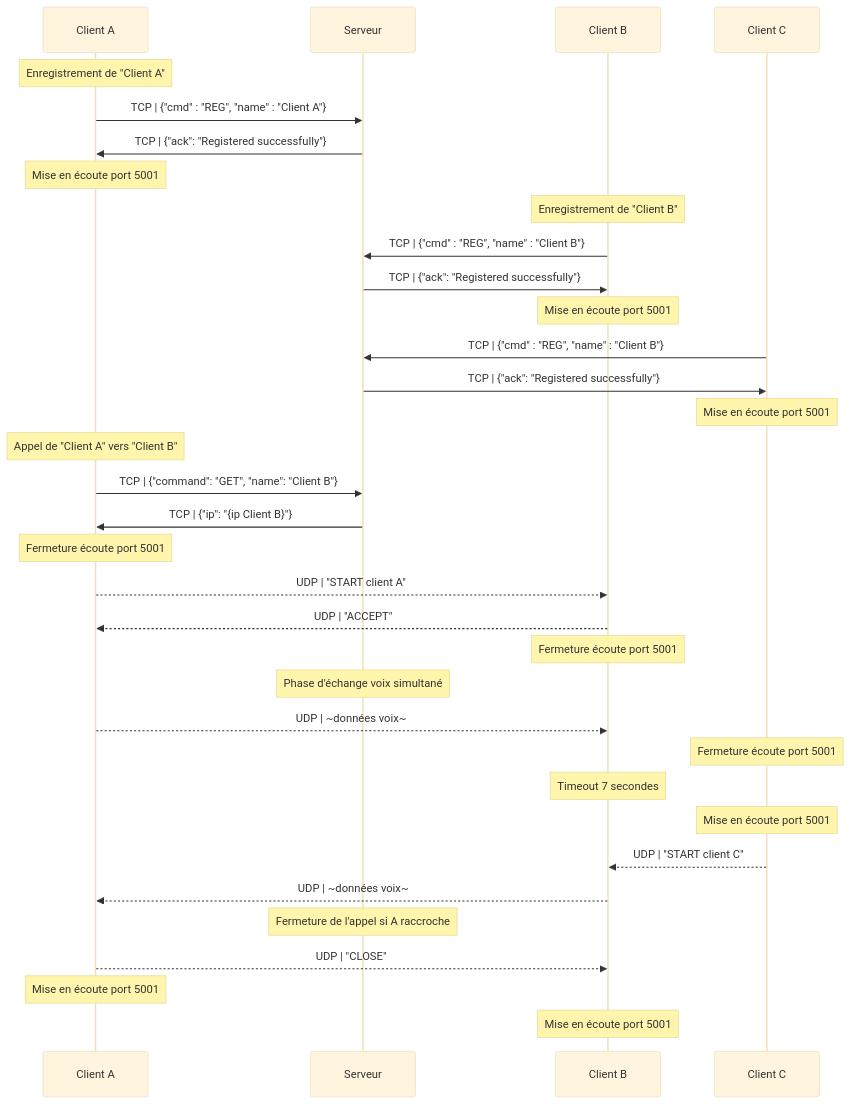
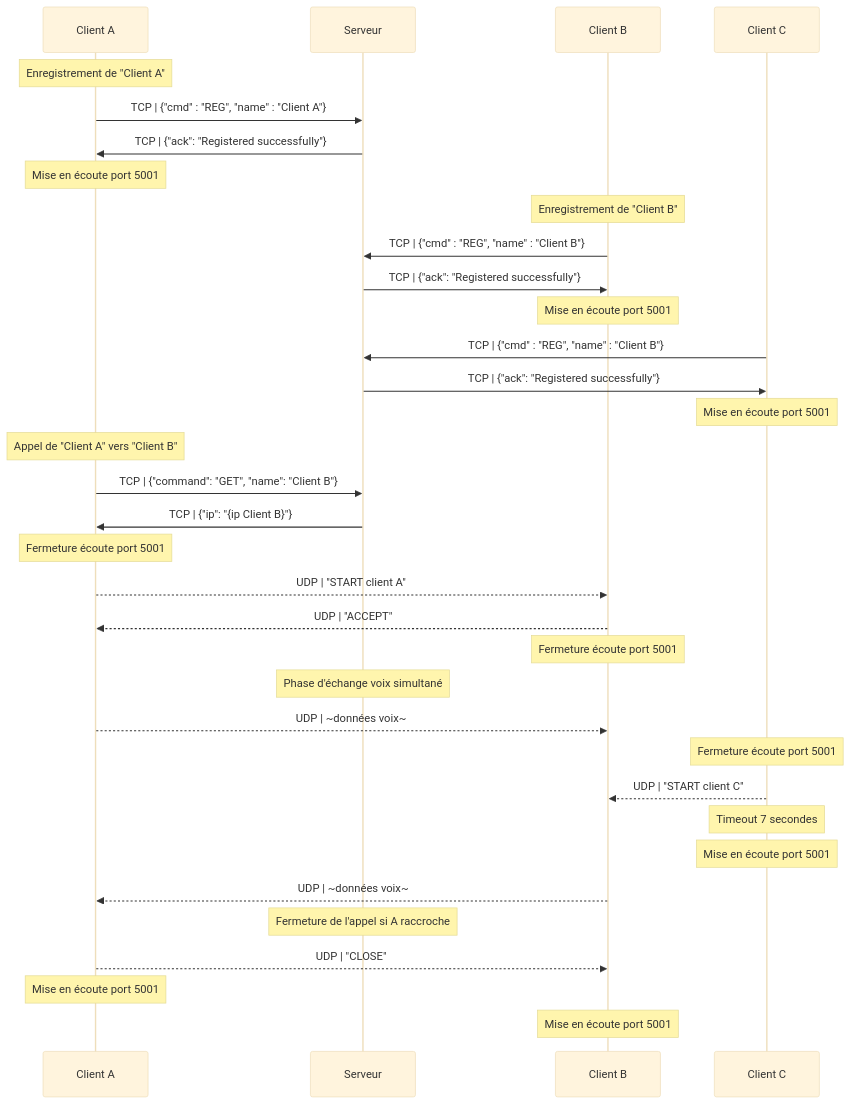
The third of 3 diagrams in Compte-Rendu.md (Relthdrarxash/SAE-POO-VoIP), drawn with Mermaid (base theme) before and after one commit. The commit also changed other lines of this file, not shown here.

````diff
--- a/Compte-Rendu.md
+++ b/Compte-Rendu.md
@@ -115,32 +143,32 @@
 ```mermaid
 sequenceDiagram
     Note over Client A: Enregistrement de "Client A"
     Client A->>Serveur:TCP | {"cmd" : "REG", "name" : "Client A"}
     Serveur->>Client A:TCP | {"ack": "Registered successfully"}
     Note over Client A: Mise en écoute port 5001
     Note over Client B: Enregistrement de "Client B"
     Client B->>Serveur:TCP | {"cmd" : "REG", "name" : "Client B"}
     Serveur->>Client B:TCP | {"ack": "Registered successfully"}
     Note over Client B: Mise en écoute port 5001
     Client C->>Serveur:TCP | {"cmd" : "REG", "name" : "Client B"}
     Serveur->>Client C:TCP | {"ack": "Registered successfully"}
     Note over Client C: Mise en écoute port 5001
     Note over Client A: Appel de "Client A" vers "Client B"
     Client A->>Serveur: TCP | {"command": "GET", "name": "Client B"}
     Serveur->>Client A: TCP | {"ip": "{ip Client B}"}
     Note over Client A: Fermeture écoute port 5001
     Client A-->>Client B: UDP | "START client A"
     Client B-->>Client A: UDP | "ACCEPT"
     Note over Client B: Fermeture écoute port 5001
     Note over Serveur: Phase d'échange voix simultané
     Client A-->>Client B: UDP | ~données voix~
     Note over Client C: Fermeture écoute port 5001
-    Note over Client B: Timeout 7 secondes
+    Client C-->>Client B: UDP | "START client C"
+    Note over Client C: Timeout 7 secondes
     Note over Client C: Mise en écoute port 5001
-    Client C-->>Client B: UDP | "START client C"
     Client B-->>Client A: UDP | ~données voix~
     Note over Serveur: Fermeture de l'appel si A raccroche
     Client A-->>Client B: UDP | "CLOSE"
     Note over Client A: Mise en écoute port 5001
     Note over Client B: Mise en écoute port 5001
 ```
````
